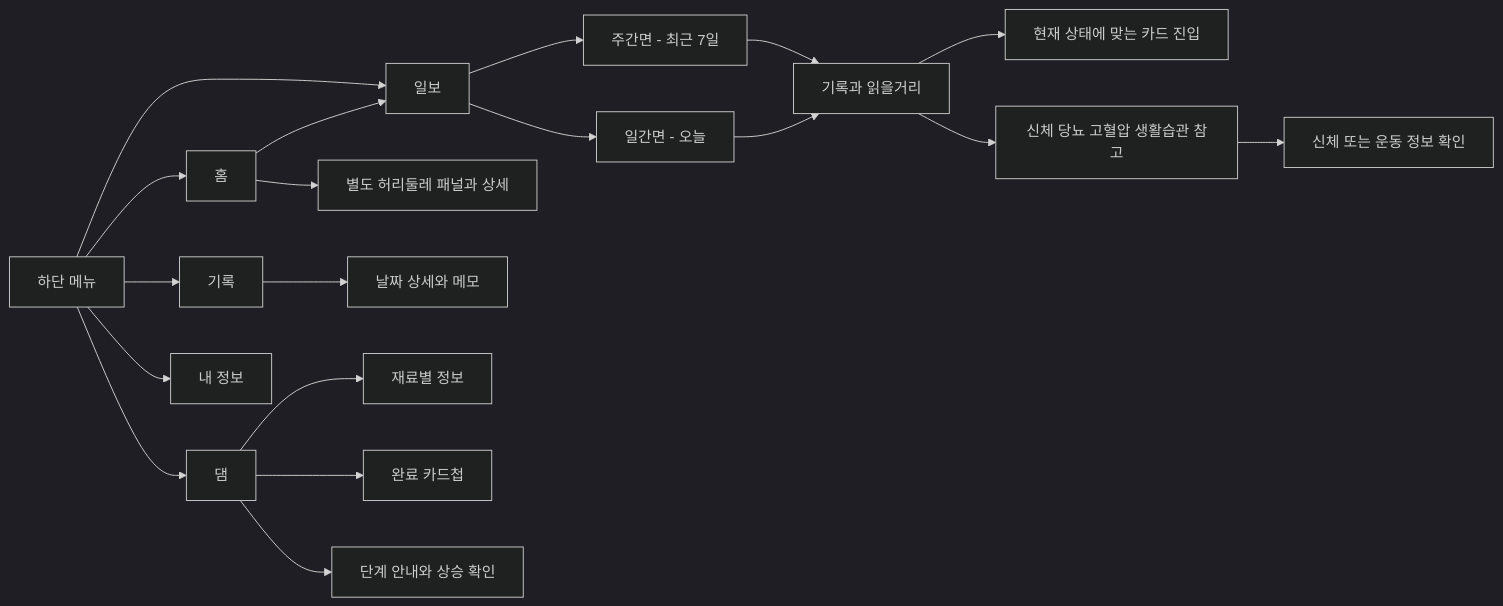
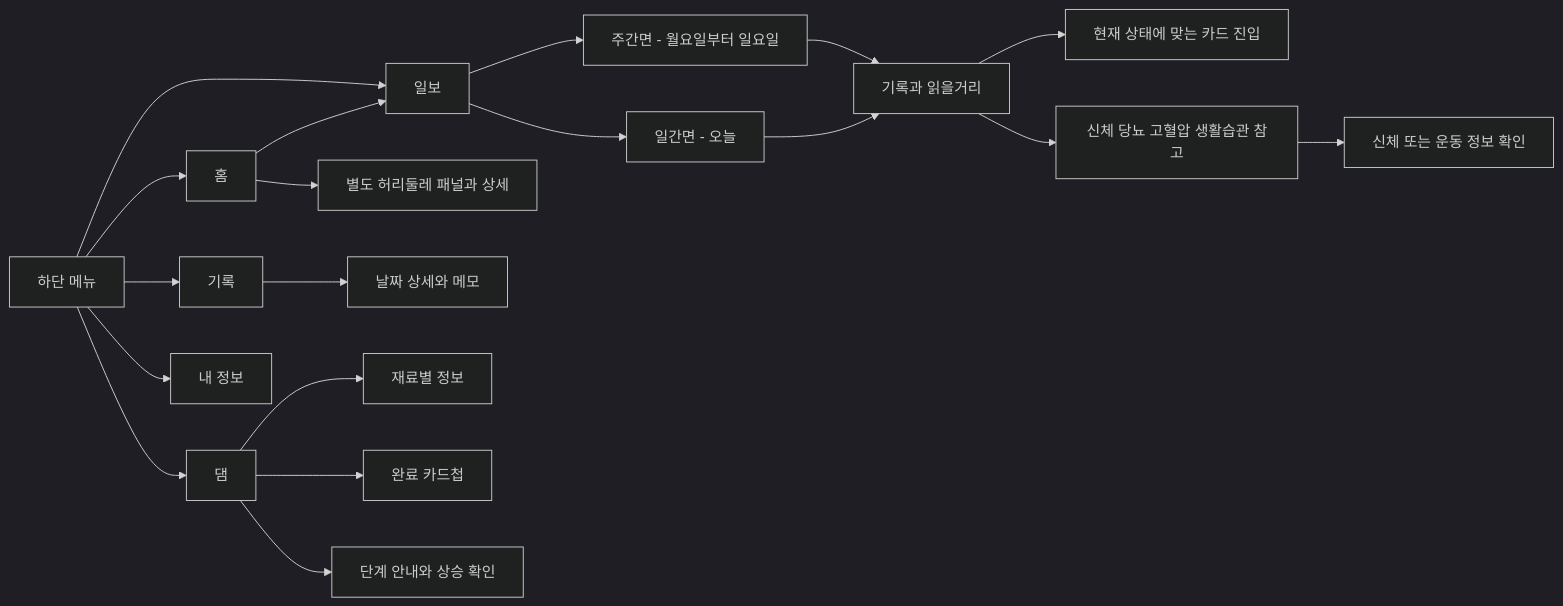
Before and after one commit to AI-HealthCare-05/AH_05_01: the sixth of 6 diagrams in docs/기획/유저플로우.md, drawn with Mermaid (dark theme). The commit also changed other lines of this file and 139 other files, not shown here.

````diff
--- a/docs/기획/유저플로우.md
+++ b/docs/기획/유저플로우.md
@@ -170,21 +176,21 @@
 ```mermaid
 flowchart LR
     MAIN[하단 메뉴] --> HOME[홈]
     MAIN --> RECORD[기록]
     MAIN --> JOURNAL[일보]
     MAIN --> DAM[댐]
     MAIN --> PROFILE[내 정보]
     HOME --> WAIST[별도 허리둘레 패널과 상세]
     HOME --> JOURNAL
     RECORD --> DAY[날짜 상세와 메모]
-    JOURNAL --> WEEK[주간면 - 최근 7일]
+    JOURNAL --> WEEK[주간면 - 월요일부터 일요일]
     JOURNAL --> DAILY[일간면 - 오늘]
     WEEK --> ARTICLE[기록과 읽을거리]
     DAILY --> ARTICLE
     ARTICLE --> CARD[현재 상태에 맞는 카드 진입]
     ARTICLE --> REFERENCE[신체 당뇨 고혈압 생활습관 참고]
     REFERENCE --> EDIT[신체 또는 운동 정보 확인]
     DAM --> MATERIALS[재료별 정보]
     DAM --> COLLECTION[완료 카드첩]
     DAM --> STAGE[단계 안내와 상승 확인]
 ```
````
